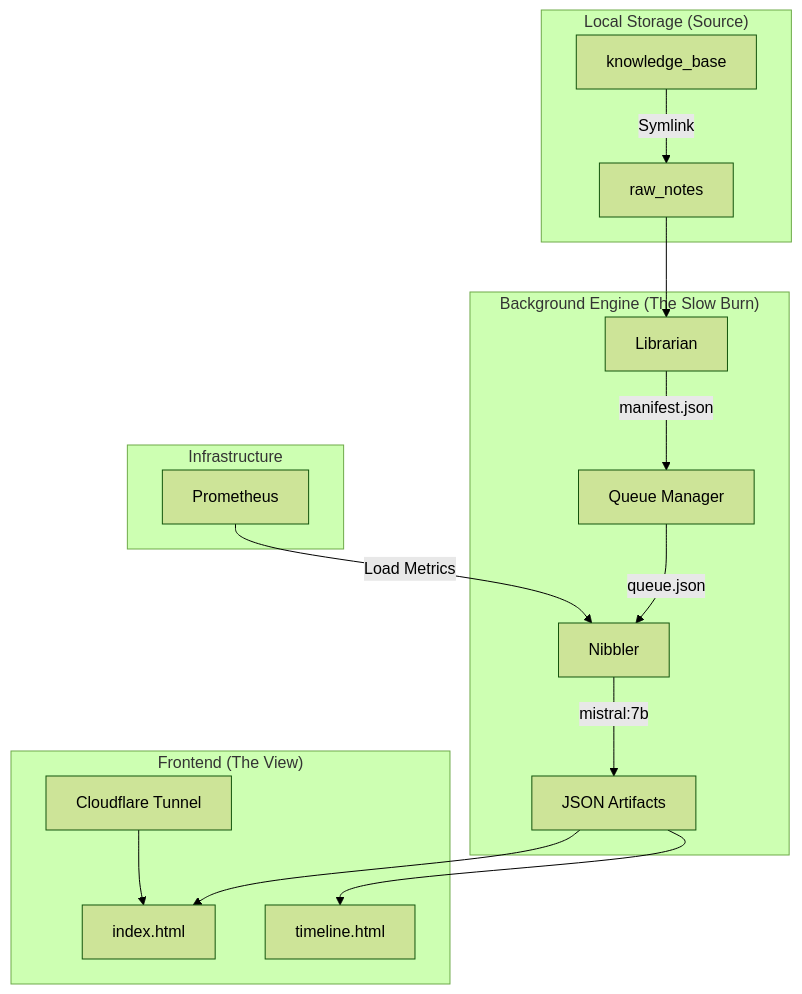
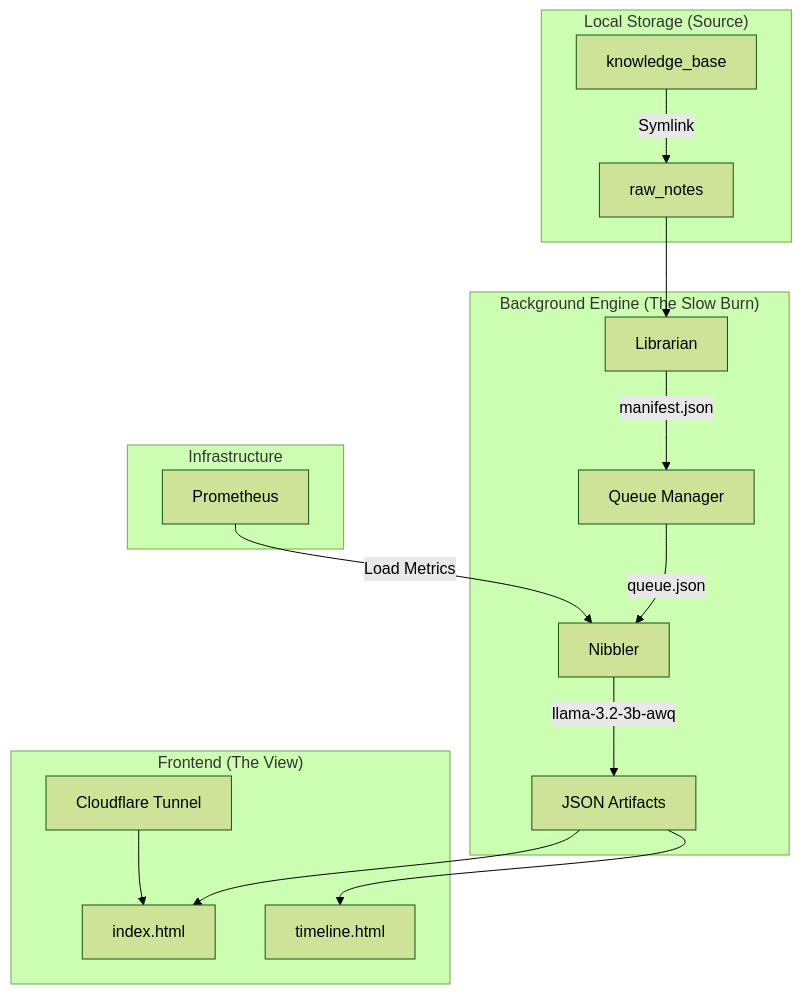
The diagram in FIELD_NOTES_ARCHITECTURE.md (kEnder242/Portfolio_Dev), drawn with Mermaid (forest theme) before and after one commit. The commit also changed 14 other files, not shown here.

````diff
--- a/FIELD_NOTES_ARCHITECTURE.md
+++ b/FIELD_NOTES_ARCHITECTURE.md
@@ -7,23 +7,23 @@
 ```mermaid
 graph TD
     subgraph "Local Storage (Source)"
         A[knowledge_base] -->|Symlink| B[raw_notes]
     end
 
     subgraph "Background Engine (The Slow Burn)"
         B --> C[Librarian]
         C -->|manifest.json| D[Queue Manager]
         D -->|queue.json| E[Nibbler]
-        E -->|mistral:7b| F[JSON Artifacts]
+        E -->|llama-3.2-3b-awq| F[JSON Artifacts]
     end
 
     subgraph "Infrastructure"
         G[Prometheus] -->|Load Metrics| E
     end
 
     subgraph "Frontend (The View)"
         F --> H[index.html]
         F --> I[timeline.html]
         J[Cloudflare Tunnel] --> H
     end
 ```
````
